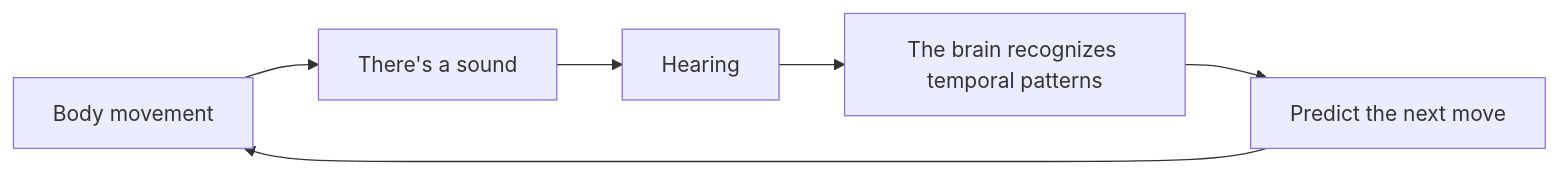
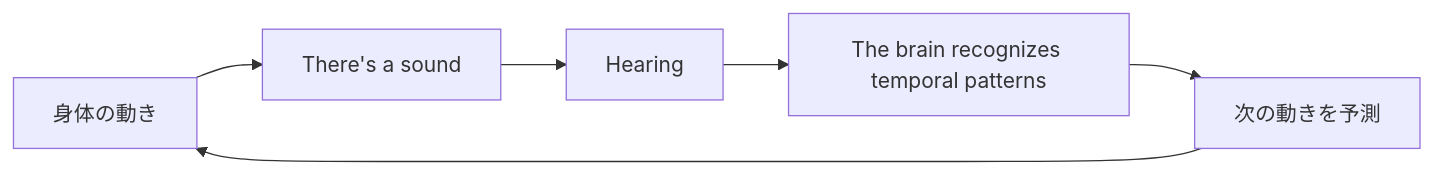
The first of 3 diagrams in en/_posts/2026-08-10-column-why-humans-invented-music-before-writing-part3.md (monumental-movement/monumental-movement.github.io), drawn with Mermaid before and after one commit. The commit also changed other lines of this file and 2196 other files, not shown here.

```diff
--- a/en/_posts/2026-08-10-column-why-humans-invented-music-before-writing-part3.md
+++ b/en/_posts/2026-08-10-column-why-humans-invented-music-before-writing-part3.md
@@ -386,8 +386,8 @@
 <div class="mermaid">
 flowchart LR
-    A["Body movement"] --> B["There's a sound"]
+    A["身体の動き"] --> B["There's a sound"]
     B --> C["Hearing"]
     C --> D["The brain recognizes temporal patterns"]
-    D --> E["Predict the next move"]
+    D --> E["次の動きを予測"]
     E --> A
 </div>
```
